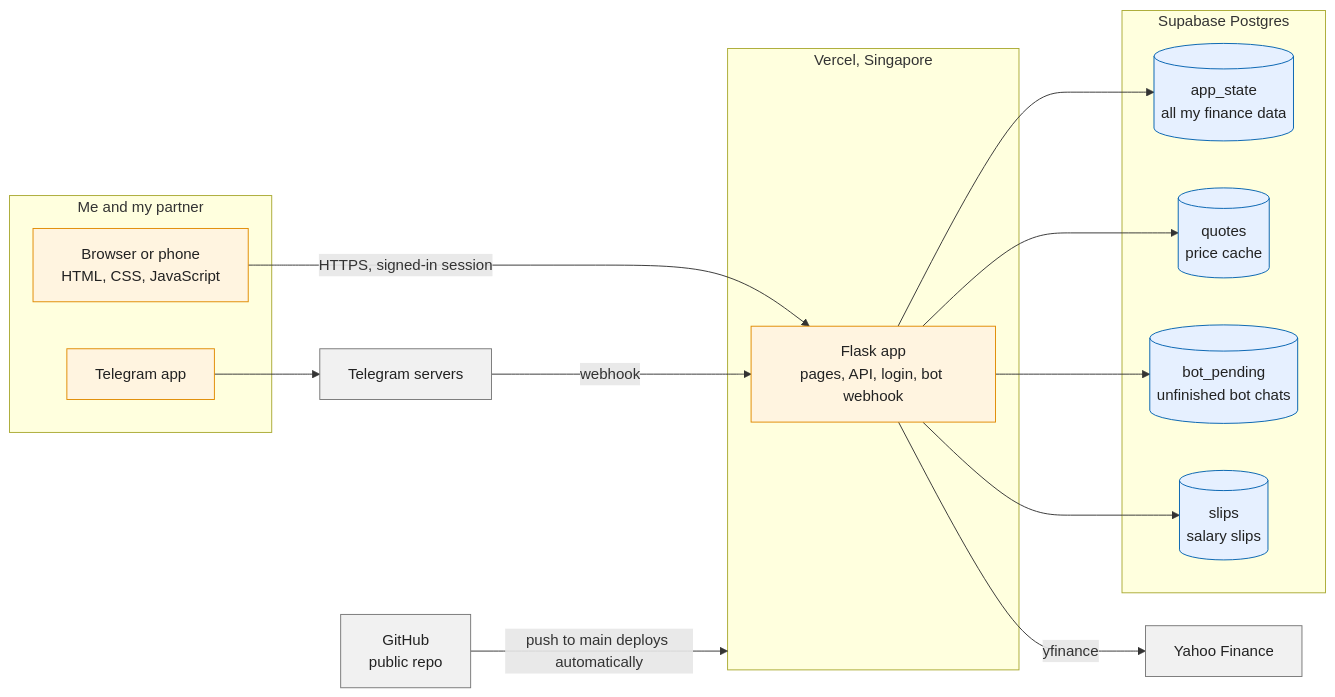
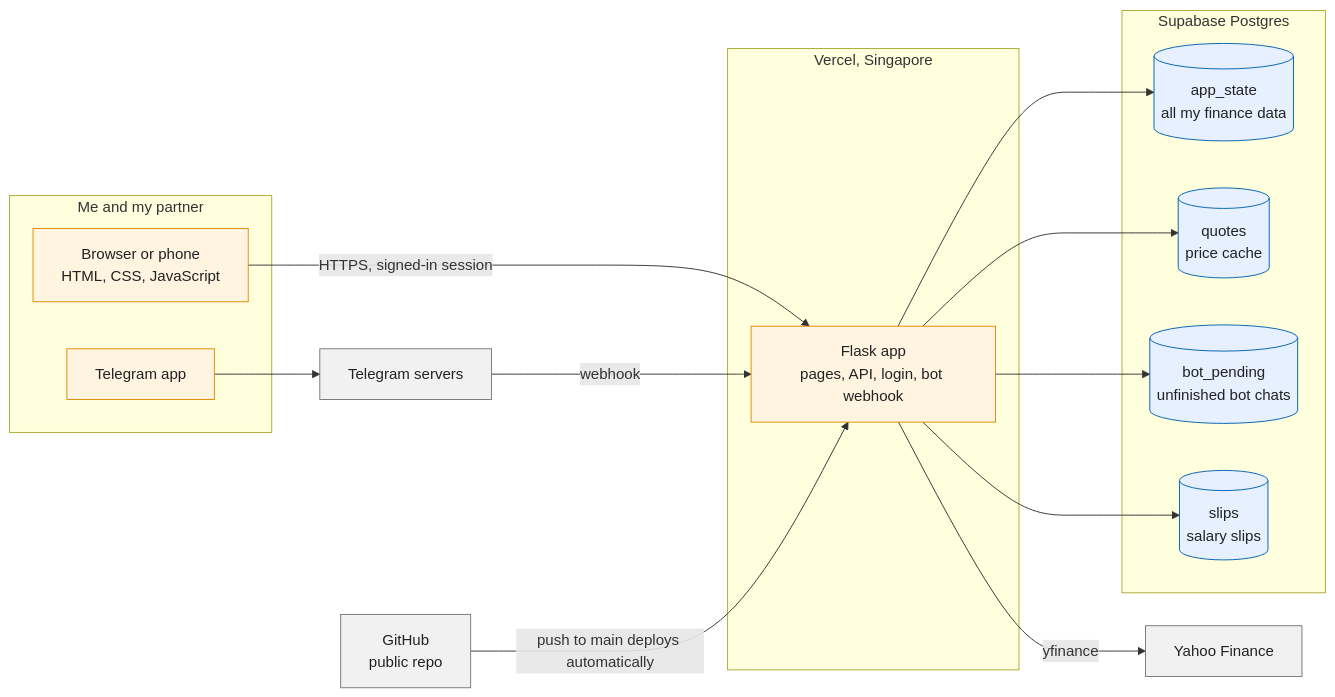
The first of 7 diagrams in README.md (darren7753/Personal-Finance), drawn with Mermaid before and after one commit.

Commit message:
README: point the deploy arrow at the Flask node so all arrows line up

````diff
--- a/README.md
+++ b/README.md
@@ -33,39 +33,39 @@
 ```mermaid
 flowchart LR
     subgraph users["Me and my partner"]
         B["Browser or phone<br/>HTML, CSS, JavaScript"]
         T["Telegram app"]
     end
 
     subgraph vercel["Vercel, Singapore"]
         F["Flask app<br/>pages, API, login, bot webhook"]
     end
 
     subgraph supa["Supabase Postgres"]
         D1[("app_state<br/>all my finance data")]
         D2[("quotes<br/>price cache")]
         D3[("bot_pending<br/>unfinished bot chats")]
         D4[("slips<br/>salary slips")]
     end
 
     Y["Yahoo Finance"]
     TG["Telegram servers"]
     G["GitHub<br/>public repo"]
 
     B -- "HTTPS, signed-in session" --> F
     T --> TG
     TG -- "webhook" --> F
     F --> D1
     F --> D2
     F --> D3
     F --> D4
     F -- "yfinance" --> Y
-    G -- "push to main deploys automatically" --> vercel
+    G -- "push to main deploys automatically" --> F
 
     classDef app fill:#fff4e0,stroke:#e08a00,color:#222
     classDef data fill:#e6f0ff,stroke:#0060af,color:#222
     classDef ext fill:#f1f1f1,stroke:#777,color:#222
     class B,T,F app
     class D1,D2,D3,D4 data
     class Y,TG,G ext
 ```
````
